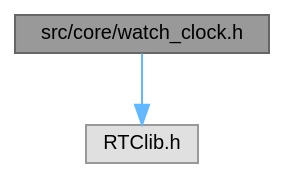
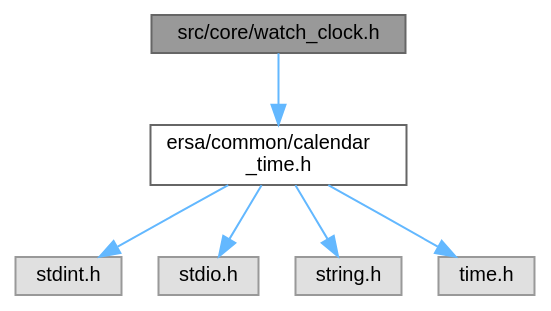
The diagram in wiki/api/d6/d05/watch__clock_8h__incl.dot (ersascape/ErsaWearableOS), drawn with Graphviz before and after one commit. The commit also changed 436 other files, not shown here.

```diff
--- a/wiki/api/d6/d05/watch__clock_8h__incl.dot
+++ b/wiki/api/d6/d05/watch__clock_8h__incl.dot
@@ -1,10 +1,18 @@
 digraph "src/core/watch_clock.h"
 {
  // LATEX_PDF_SIZE
   bgcolor="transparent";
   edge [fontname=Helvetica,fontsize=10,labelfontname=Helvetica,labelfontsize=10];
   node [fontname=Helvetica,fontsize=10,shape=box,height=0.2,width=0.4];
   Node1 [id="Node000001",label="src/core/watch_clock.h",height=0.2,width=0.4,color="gray40", fillcolor="grey60", style="filled", fontcolor="black",tooltip=" "];
   Node1 -> Node2 [id="edge1_Node000001_Node000002",color="steelblue1",style="solid",tooltip=" "];
-  Node2 [id="Node000002",label="RTClib.h",height=0.2,width=0.4,color="grey60", fillcolor="#E0E0E0", style="filled",tooltip=" "];
+  Node2 [id="Node000002",label="ersa/common/calendar\l_time.h",height=0.2,width=0.4,color="grey40", fillcolor="white", style="filled",URL="$d5/d8c/calendar__time_8h.html",tooltip=" "];
+  Node2 -> Node3 [id="edge2_Node000002_Node000003",color="steelblue1",style="solid",tooltip=" "];
+  Node3 [id="Node000003",label="stdint.h",height=0.2,width=0.4,color="grey60", fillcolor="#E0E0E0", style="filled",tooltip=" "];
+  Node2 -> Node4 [id="edge3_Node000002_Node000004",color="steelblue1",style="solid",tooltip=" "];
+  Node4 [id="Node000004",label="stdio.h",height=0.2,width=0.4,color="grey60", fillcolor="#E0E0E0", style="filled",tooltip=" "];
+  Node2 -> Node5 [id="edge4_Node000002_Node000005",color="steelblue1",style="solid",tooltip=" "];
+  Node5 [id="Node000005",label="string.h",height=0.2,width=0.4,color="grey60", fillcolor="#E0E0E0", style="filled",tooltip=" "];
+  Node2 -> Node6 [id="edge5_Node000002_Node000006",color="steelblue1",style="solid",tooltip=" "];
+  Node6 [id="Node000006",label="time.h",height=0.2,width=0.4,color="grey60", fillcolor="#E0E0E0", style="filled",tooltip=" "];
 }
```
